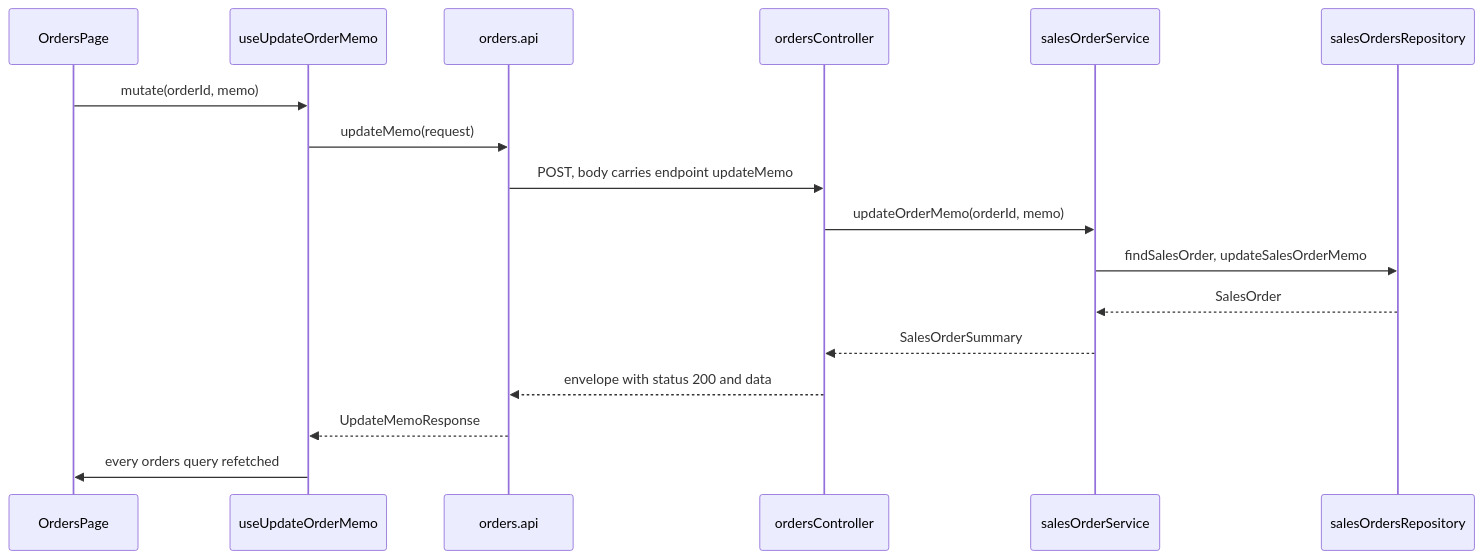
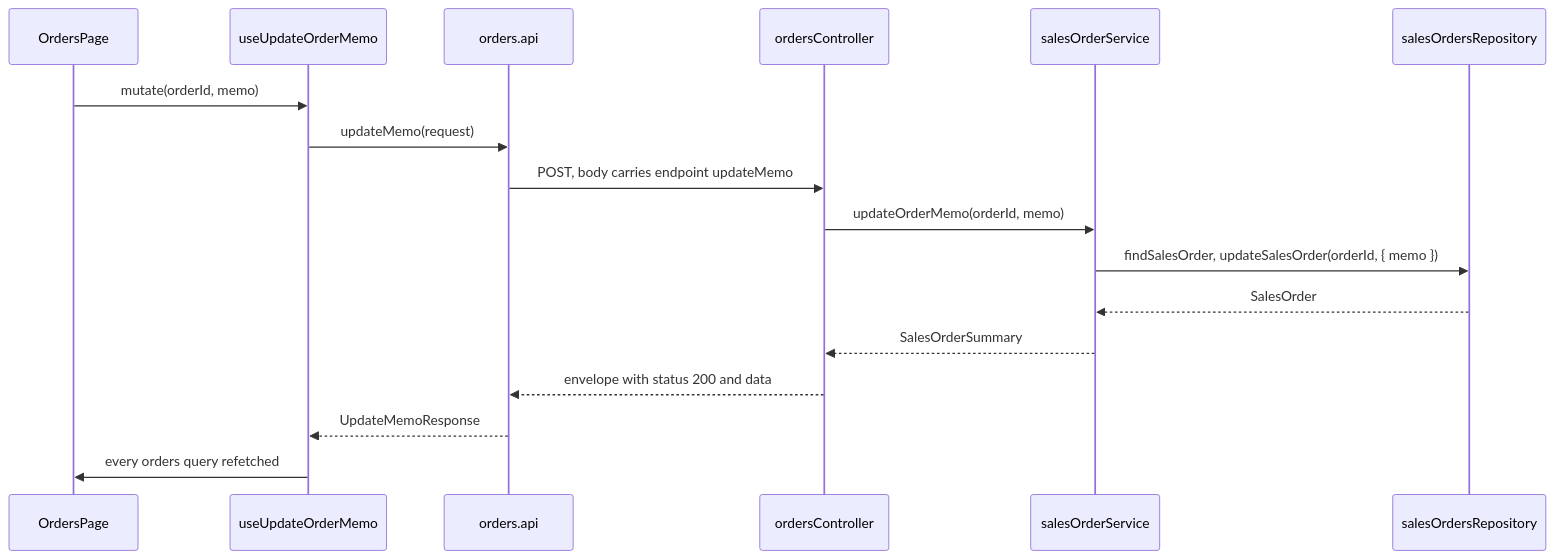
The diagram in react-app/how-to-use/controllers/restlet-controller.md (AmeriLux-Dev/netsuite-project-templates), drawn with Mermaid before and after one commit. The commit also changed other lines of this file and 10 other files, not shown here.

Commit message:
refactor: enhance service and repository function descriptions, update patch handling in specifications

````diff
--- a/react-app/how-to-use/controllers/restlet-controller.md
+++ b/react-app/how-to-use/controllers/restlet-controller.md
@@ -384,19 +384,19 @@
 ```mermaid
 sequenceDiagram
     participant Page as OrdersPage
     participant Hook as useUpdateOrderMemo
     participant Client as orders.api
     participant Restlet as ordersController
     participant Service as salesOrderService
     participant Repository as salesOrdersRepository
     Page->>Hook: mutate(orderId, memo)
     Hook->>Client: updateMemo(request)
     Client->>Restlet: POST, body carries endpoint updateMemo
     Restlet->>Service: updateOrderMemo(orderId, memo)
-    Service->>Repository: findSalesOrder, updateSalesOrderMemo
+    Service->>Repository: findSalesOrder, updateSalesOrder(orderId, { memo })
     Repository-->>Service: SalesOrder
     Service-->>Restlet: SalesOrderSummary
     Restlet-->>Client: envelope with status 200 and data
     Client-->>Hook: UpdateMemoResponse
     Hook->>Page: every orders query refetched
 ```
````
